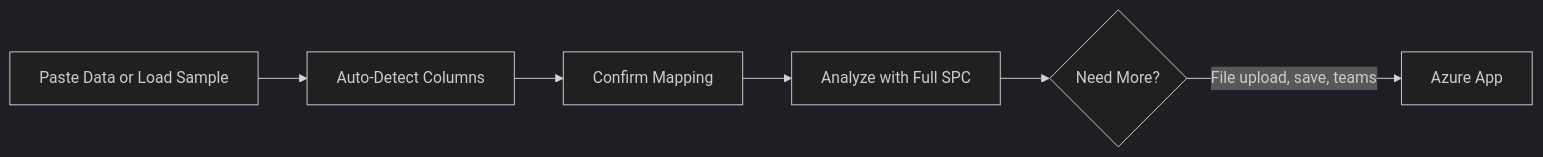
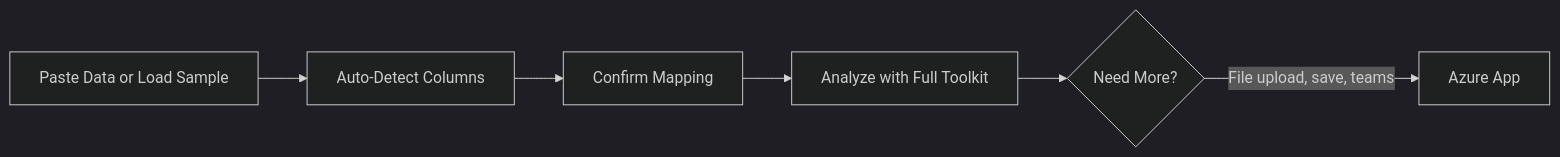
The diagram in docs/08-products/pwa/index.md (jukka-matti/variscout), drawn with Mermaid (dark theme) before and after one commit. The commit also changed other lines of this file and 40 other files, not shown here.

````diff
--- a/docs/08-products/pwa/index.md
+++ b/docs/08-products/pwa/index.md
@@ -18,8 +18,8 @@
 ```mermaid
 flowchart LR
     A[Paste Data or Load Sample] --> B[Auto-Detect Columns]
     B --> C[Confirm Mapping]
-    C --> D[Analyze with Full SPC]
+    C --> D[Analyze with Full Toolkit]
     D --> E{Need More?}
     E -->|File upload, save, teams| F[Azure App]
 ```
````
